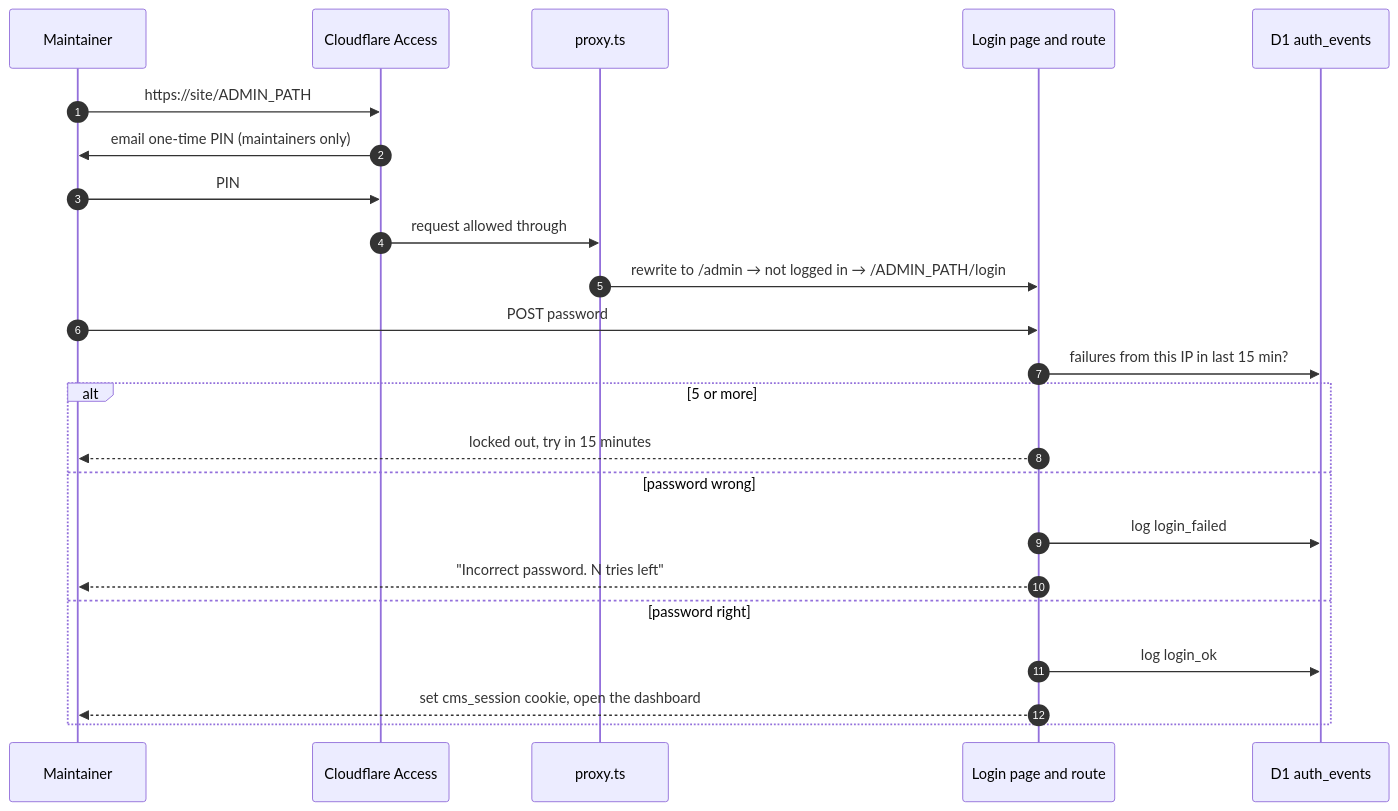
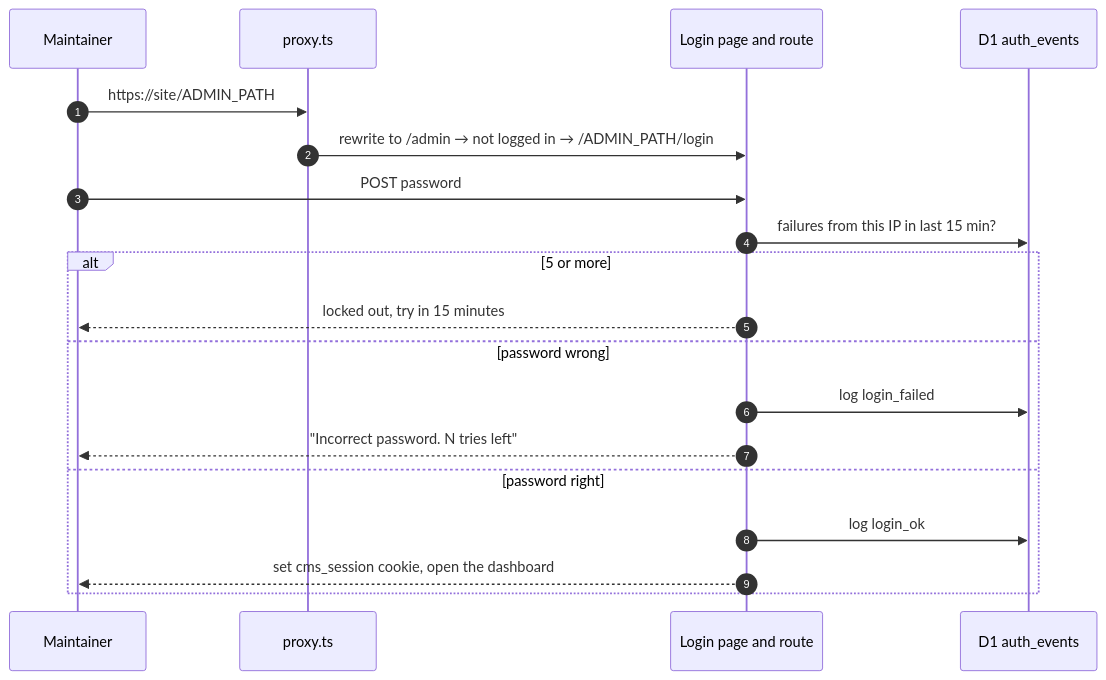
Before and after one commit to Git-HubCommunityGitamHyd/Github-Community-Club-Website: the diagram in docs/06-cms-and-security.md, drawn with Mermaid. The commit also changed other lines of this file and 85 other files, not shown here.

````diff
--- a/docs/06-cms-and-security.md
+++ b/docs/06-cms-and-security.md
@@ -26,26 +26,22 @@
 ```mermaid
 sequenceDiagram
     autonumber
     participant M as Maintainer
-    participant A as Cloudflare Access
     participant P as proxy.ts
     participant L as Login page and route
     participant DB as D1 auth_events
 
-    M->>A: https://site/ADMIN_PATH
-    A->>M: email one-time PIN (maintainers only)
-    M->>A: PIN
-    A->>P: request allowed through
+    M->>P: https://site/ADMIN_PATH
     P->>L: rewrite to /admin → not logged in → /ADMIN_PATH/login
     M->>L: POST password
     L->>DB: failures from this IP in last 15 min?
     alt 5 or more
         L-->>M: locked out, try in 15 minutes
     else password wrong
         L->>DB: log login_failed
         L-->>M: "Incorrect password. N tries left"
     else password right
         L->>DB: log login_ok
         L-->>M: set cms_session cookie, open the dashboard
     end
 ```
````
